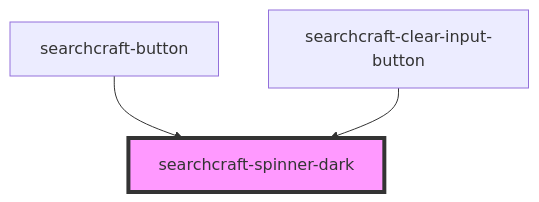
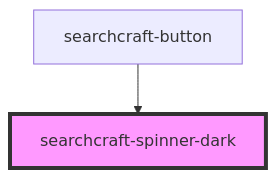
The diagram in packages/javascript-sdk/src/components/searchcraft-spinner-dark/readme.md (searchcraft-inc/searchcraft-javascript-sdks), drawn with Mermaid before and after one commit. The commit also changed other lines of this file and 47 other files, not shown here.

````diff
--- a/packages/javascript-sdk/src/components/searchcraft-spinner-dark/readme.md
+++ b/packages/javascript-sdk/src/components/searchcraft-spinner-dark/readme.md
@@ -16,6 +15,5 @@
 ```mermaid
 graph TD;
   searchcraft-button --> searchcraft-spinner-dark
-  searchcraft-clear-input-button --> searchcraft-spinner-dark
   style searchcraft-spinner-dark fill:#f9f,stroke:#333,stroke-width:4px
 ```
````
